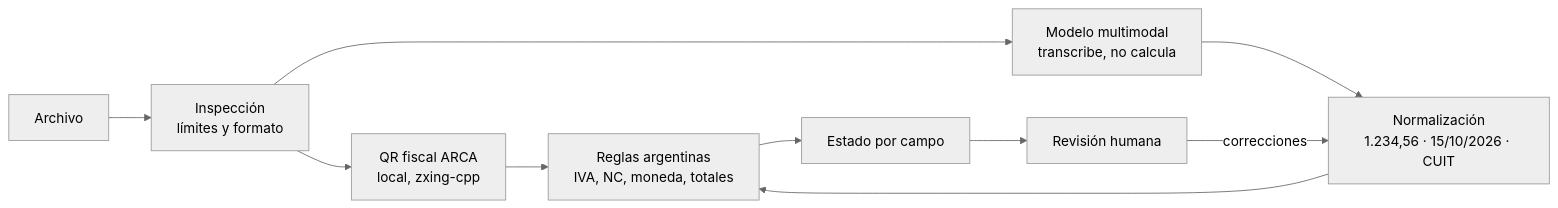
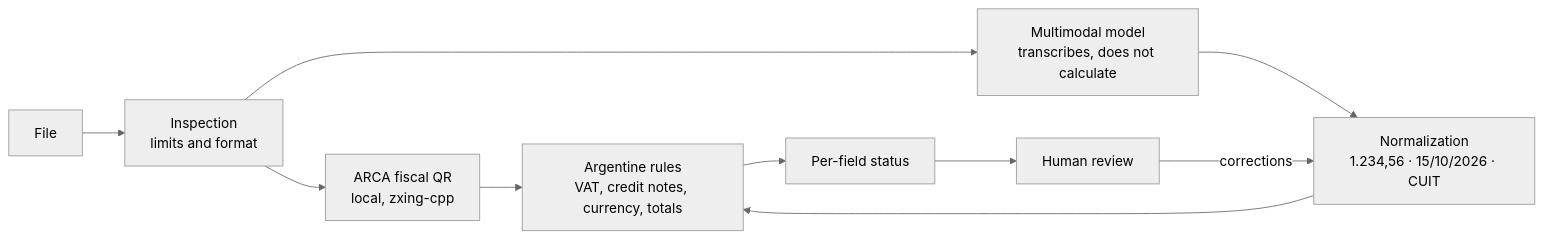
One commit to emimontanari/expense-lens changed the diagram in README.md. Above: the diagram before and after it, drawn with Mermaid (neutral theme). The commit also changed other lines of this file and 8 other files, not shown here.

````diff
--- a/README.md
+++ b/README.md
@@ -37,12 +46,12 @@
 ```mermaid
 flowchart LR
-    A[Archivo] --> B[Inspección<br/>límites y formato]
-    B --> C[QR fiscal ARCA<br/>local, zxing-cpp]
-    B --> D[Modelo multimodal<br/>transcribe, no calcula]
-    D --> E[Normalización<br/>1.234,56 · 15/10/2026 · CUIT]
-    E --> F[Reglas argentinas<br/>IVA, NC, moneda, totales]
+    A[File] --> B[Inspection<br/>limits and format]
+    B --> C[ARCA fiscal QR<br/>local, zxing-cpp]
+    B --> D[Multimodal model<br/>transcribes, does not calculate]
+    D --> E[Normalization<br/>1.234,56 · 15/10/2026 · CUIT]
+    E --> F[Argentine rules<br/>VAT, credit notes, currency, totals]
     C --> F
-    F --> G[Estado por campo]
-    G --> H[Revisión humana]
-    H -->|correcciones| E
+    F --> G[Per-field status]
+    G --> H[Human review]
+    H -->|corrections| E
 ```
````
